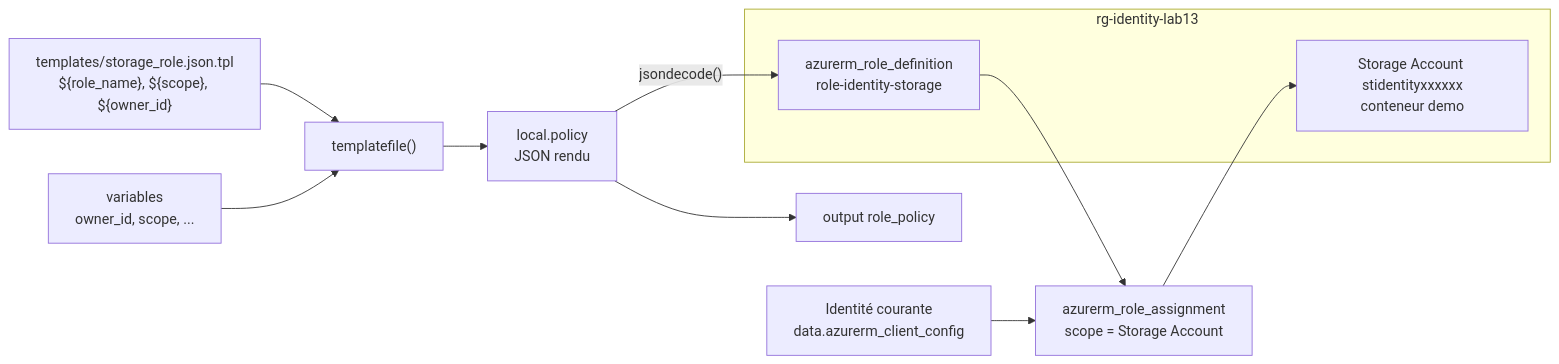
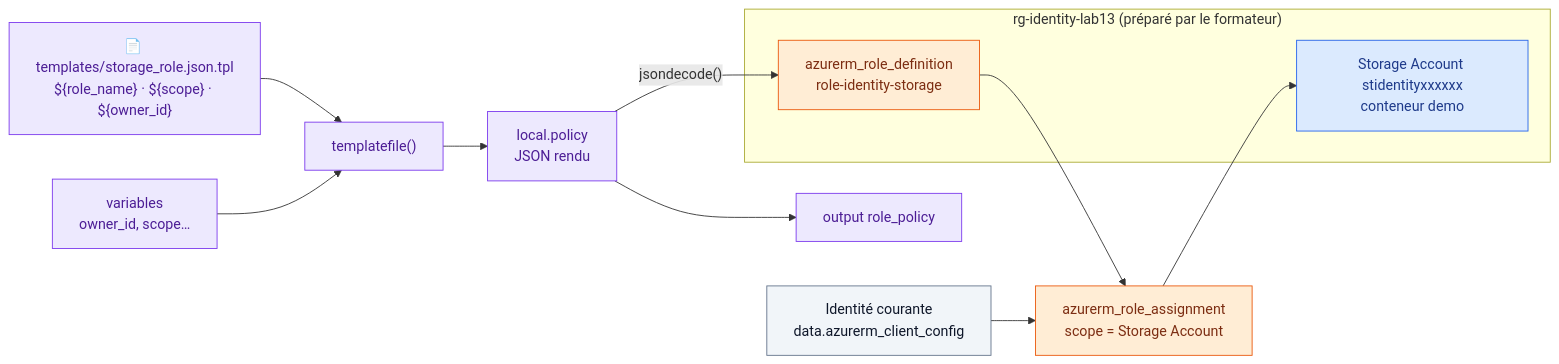
One commit to hajjiBel/terraform-azure-labs changed the diagram in lab13-templatefile.md. Above: the diagram before and after it, drawn with Mermaid. The commit also changed other lines of this file and 158 other files, not shown here.

````diff
--- a/lab13-templatefile.md
+++ b/lab13-templatefile.md
@@ -17,15 +27,19 @@
 ```mermaid
 flowchart LR
-    TPL["templates/storage_role.json.tpl<br/>${role_name}, ${scope}, ${owner_id}"] --> F
-    VARS["variables<br/>owner_id, scope, ..."] --> F
-    F["templatefile()"] --> JSON["local.policy<br/>JSON rendu"]
-    JSON --> OUT["output role_policy"]
+    TPL["📄 templates/storage_role.json.tpl<br/>${role_name} · ${scope} · ${owner_id}"]:::tf --> F
+    VARS["variables<br/>owner_id, scope…"]:::tf --> F
+    F["templatefile()"]:::tf --> JSON["local.policy<br/>JSON rendu"]:::tf
+    JSON --> OUT["output role_policy"]:::tf
     JSON -- "jsondecode()" --> RD
-    subgraph RG["rg-identity-lab13"]
-        SA["Storage Account stidentityxxxxxx<br/>conteneur demo"]
-        RD["azurerm_role_definition<br/>role-identity-storage"]
+    subgraph RG["rg-identity-lab13 (préparé par le formateur)"]
+        SA["Storage Account stidentityxxxxxx<br/>conteneur demo"]:::net
+        RD["azurerm_role_definition<br/>role-identity-storage"]:::sec
     end
-    RD --> RA["azurerm_role_assignment<br/>scope = Storage Account"]
-    ME["Identité courante<br/>data.azurerm_client_config"] --> RA
+    RD --> RA["azurerm_role_assignment<br/>scope = Storage Account"]:::sec
+    ME["Identité courante<br/>data.azurerm_client_config"]:::ext --> RA
     RA --> SA
+    classDef tf fill:#ede9fe,stroke:#7c3aed,color:#4c1d95
+    classDef net fill:#dbeafe,stroke:#2563eb,color:#1e3a8a
+    classDef sec fill:#ffedd5,stroke:#ea580c,color:#7c2d12
+    classDef ext fill:#f1f5f9,stroke:#64748b,color:#0f172a
 ```
````
